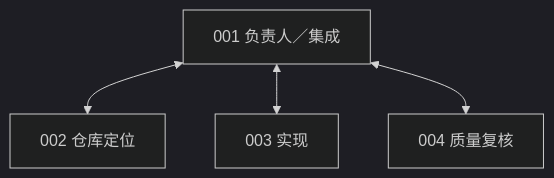
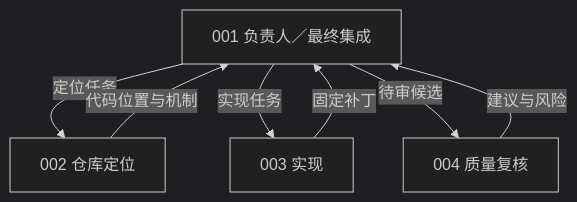
The first of 6 diagrams in docs/experiments/software-benchmark-results-and-organizations-summary-20261030.md (haoyueliuzhao/ProWorkSim), drawn with Mermaid (dark theme) before and after one commit. The commit also changed other lines of this file and 2 other files, not shown here.

````diff
--- a/docs/experiments/software-benchmark-results-and-organizations-summary-20261030.md
+++ b/docs/experiments/software-benchmark-results-and-organizations-summary-20261030.md
@@ -62,10 +64,13 @@
 ```mermaid
 flowchart TB
-    A["001 负责人／集成"]
-    B["002 仓库定位"]
-    C["003 实现"]
-    D["004 质量复核"]
-    A <--> B
-    A <--> C
-    A <--> D
+    C1["001 负责人／最终集成"]
+    C2["002 仓库定位"]
+    C3["003 实现"]
+    C4["004 质量复核"]
+    C1 -->|定位任务| C2
+    C2 -->|代码位置与机制| C1
+    C1 -->|实现任务| C3
+    C3 -->|固定补丁| C1
+    C1 -->|待审候选| C4
+    C4 -->|建议与风险| C1
 ```
````
